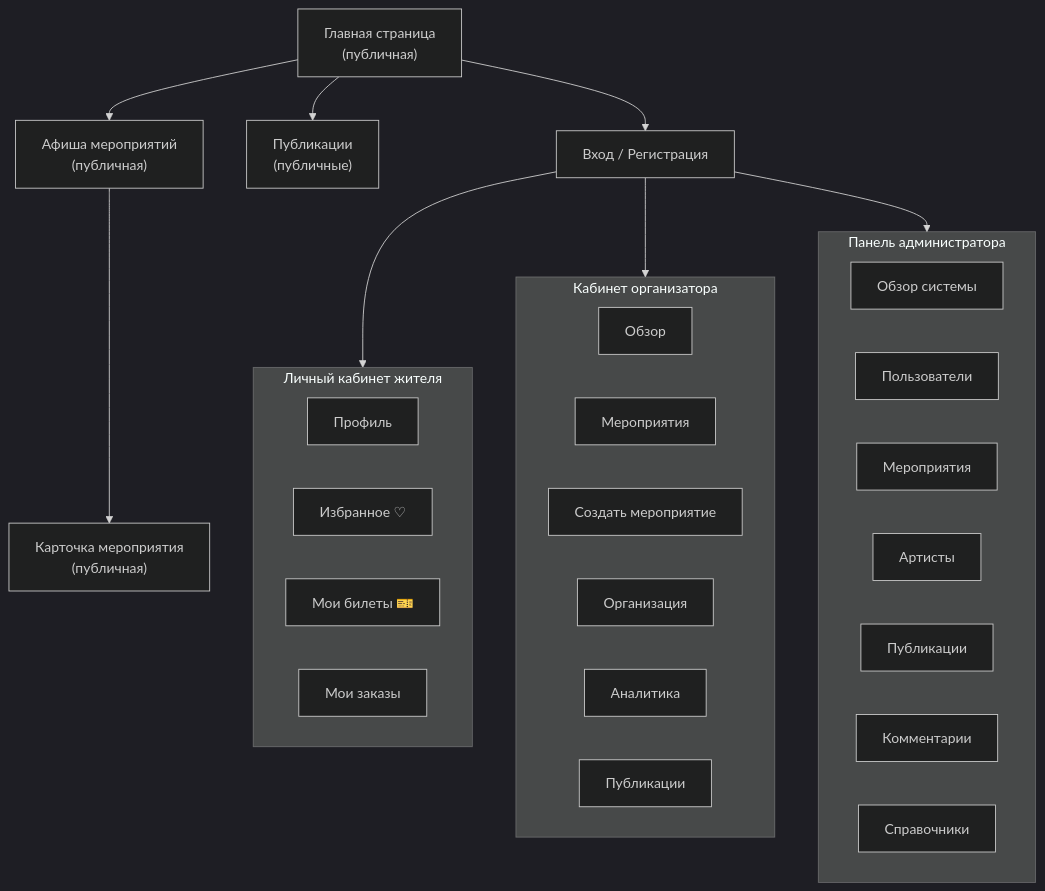
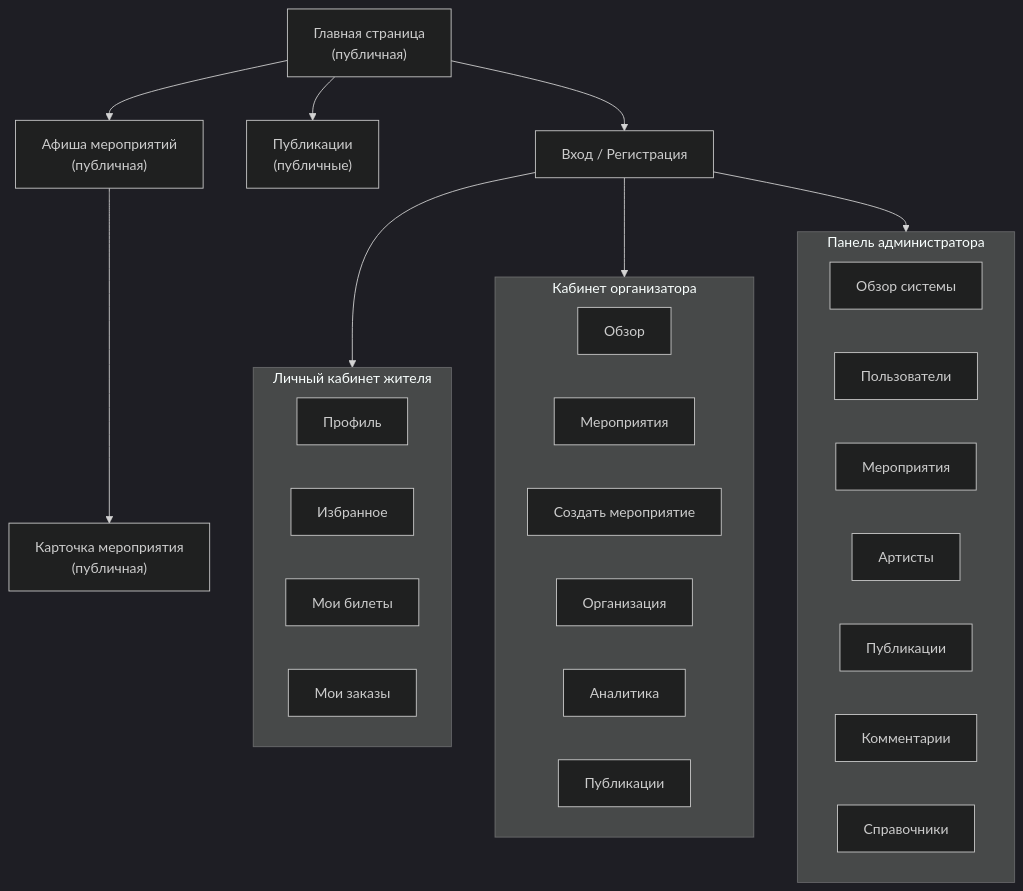
The seventh of 13 diagrams in diplom/diplom.md (akarui-shi/festival-app), drawn with Mermaid (dark theme) before and after one commit. The commit also changed other lines of this file, not shown here.

````diff
--- a/diplom/diplom.md
+++ b/diplom/diplom.md
@@ -1482,42 +1490,42 @@
 ```mermaid
 graph TD
   Landing["Главная страница\n(публичная)"]
   Events["Афиша мероприятий\n(публичная)"]
   EventDetail["Карточка мероприятия\n(публичная)"]
   Publications["Публикации\n(публичные)"]
   Auth["Вход / Регистрация"]
 
   subgraph Resident["Личный кабинет жителя"]
     Profile["Профиль"]
-    Favorites["Избранное ♡"]
-    MyTickets["Мои билеты 🎫"]
+    Favorites["Избранное"]
+    MyTickets["Мои билеты"]
     MyOrders["Мои заказы"]
   end
 
   subgraph Organizer["Кабинет организатора"]
     OrgDashboard["Обзор"]
     OrgEvents["Мероприятия"]
     OrgCreate["Создать мероприятие"]
     OrgOrg["Организация"]
     OrgAnalytics["Аналитика"]
     OrgPublications["Публикации"]
   end
 
   subgraph Admin["Панель администратора"]
     AdminDashboard["Обзор системы"]
     AdminUsers["Пользователи"]
     AdminEvents["Мероприятия"]
     AdminArtists["Артисты"]
     AdminPublications["Публикации"]
     AdminComments["Комментарии"]
     AdminDicts["Справочники"]
   end
 
   Landing --> Events
   Landing --> Auth
   Events --> EventDetail
   Landing --> Publications
   Auth --> Resident
   Auth --> Organizer
   Auth --> Admin
 ```
````
